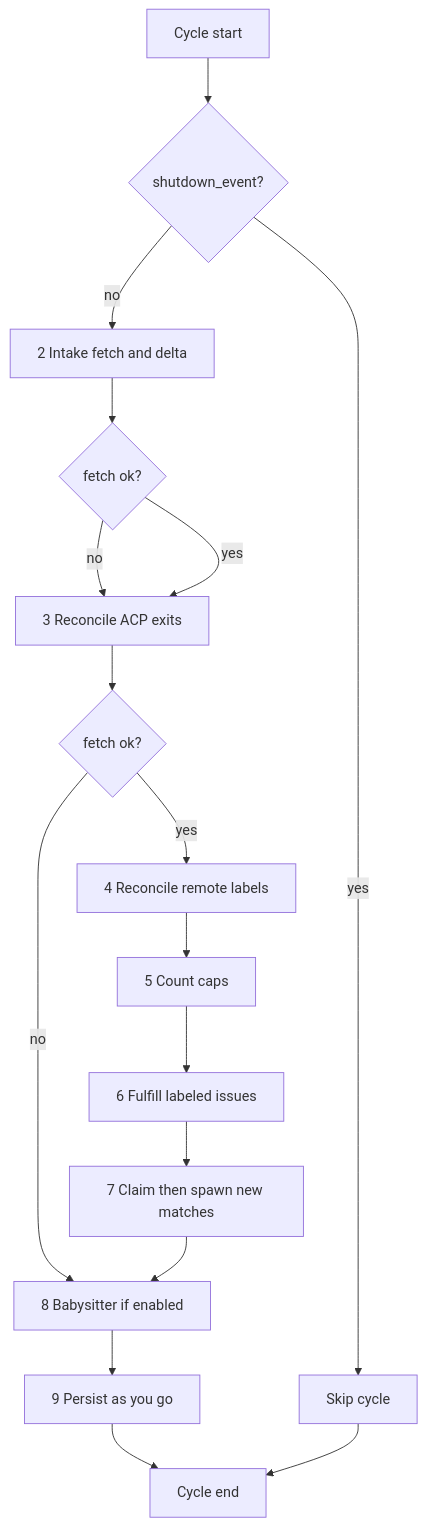
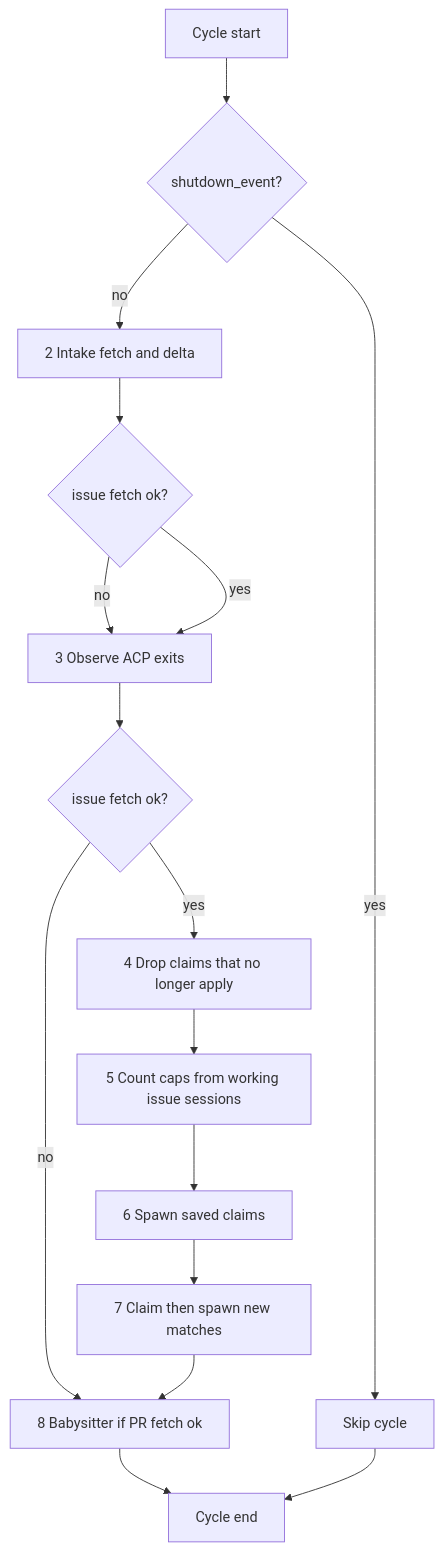
Before and after one commit to waigore/orkie: the second of 6 diagrams in spec/design/sequences.md, drawn with Mermaid. The commit also changed other lines of this file and 51 other files, not shown here.

````diff
--- a/spec/design/sequences.md
+++ b/spec/design/sequences.md
@@ -69,19 +76,18 @@
 ```mermaid
 flowchart TD
   start[Cycle start] --> shutdown{shutdown_event?}
   shutdown -->|yes| skip[Skip cycle]
   shutdown -->|no| intake[2 Intake fetch and delta]
-  intake --> intakeOk{fetch ok?}
-  intakeOk -->|no| step3[3 Reconcile ACP exits]
+  intake --> intakeOk{issue fetch ok?}
+  intakeOk -->|no| step3[3 Observe ACP exits]
   intakeOk -->|yes| step3
-  step3 --> intakeOk2{fetch ok?}
-  intakeOk2 -->|no| step8[8 Babysitter if enabled]
-  intakeOk2 -->|yes| step4[4 Reconcile remote labels]
-  step4 --> step5[5 Count caps]
-  step5 --> step6[6 Fulfill labeled issues]
+  step3 --> intakeOk2{issue fetch ok?}
+  intakeOk2 -->|no| step8[8 Babysitter if PR fetch ok]
+  intakeOk2 -->|yes| step4[4 Drop claims that no longer apply]
+  step4 --> step5[5 Count caps from working issue sessions]
+  step5 --> step6[6 Spawn saved claims]
   step6 --> step7[7 Claim then spawn new matches]
   step7 --> step8
-  step8 --> persist[9 Persist as you go]
-  persist --> done[Cycle end]
+  step8 --> done[Cycle end]
   skip --> done
 ```
````
